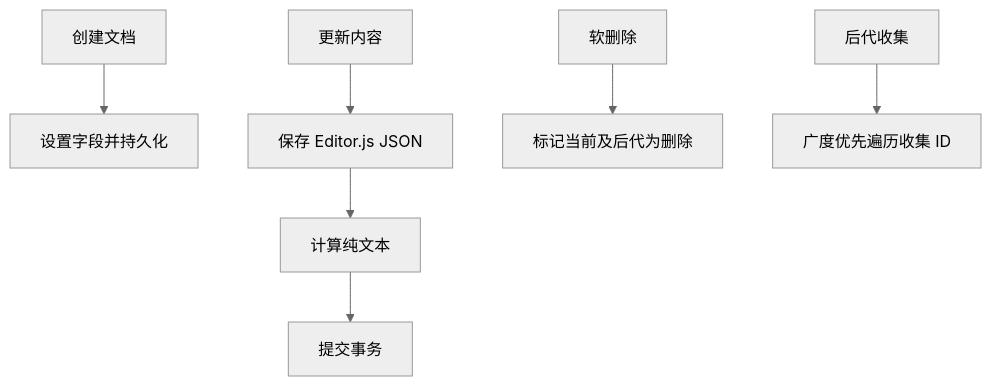
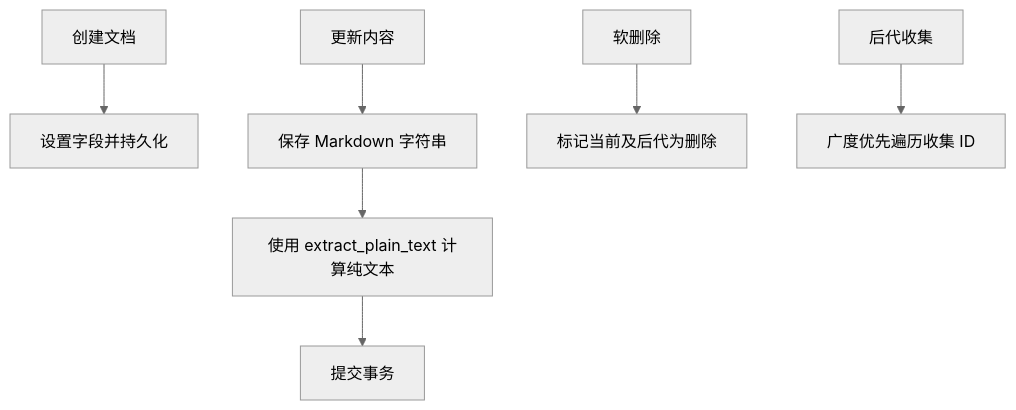
One commit to beyondalbert/my_wiki changed the seventh of 9 diagrams in .qoder/repowiki/zh/content/核心模块/文档管理系统/内容处理工具.md. Above: the diagram before and after it, drawn with Mermaid (neutral theme). The commit also changed other lines of this file and 9 other files, not shown here.

````diff
--- a/.qoder/repowiki/zh/content/核心模块/文档管理系统/内容处理工具.md
+++ b/.qoder/repowiki/zh/content/核心模块/文档管理系统/内容处理工具.md
@@ -253,9 +299,9 @@
 ```mermaid
 flowchart TD
 C["创建文档"] --> Init["设置字段并持久化"]
-U["更新内容"] --> SaveJSON["保存 Editor.js JSON"]
-SaveJSON --> CalcPT["计算纯文本"]
+U["更新内容"] --> SaveMD["保存 Markdown 字符串"]
+SaveMD --> CalcPT["使用 extract_plain_text 计算纯文本"]
 CalcPT --> Persist["提交事务"]
 D["软删除"] --> Mark["标记当前及后代为删除"]
 Desc["后代收集"] --> BFS["广度优先遍历收集 ID"]
 ```
````
